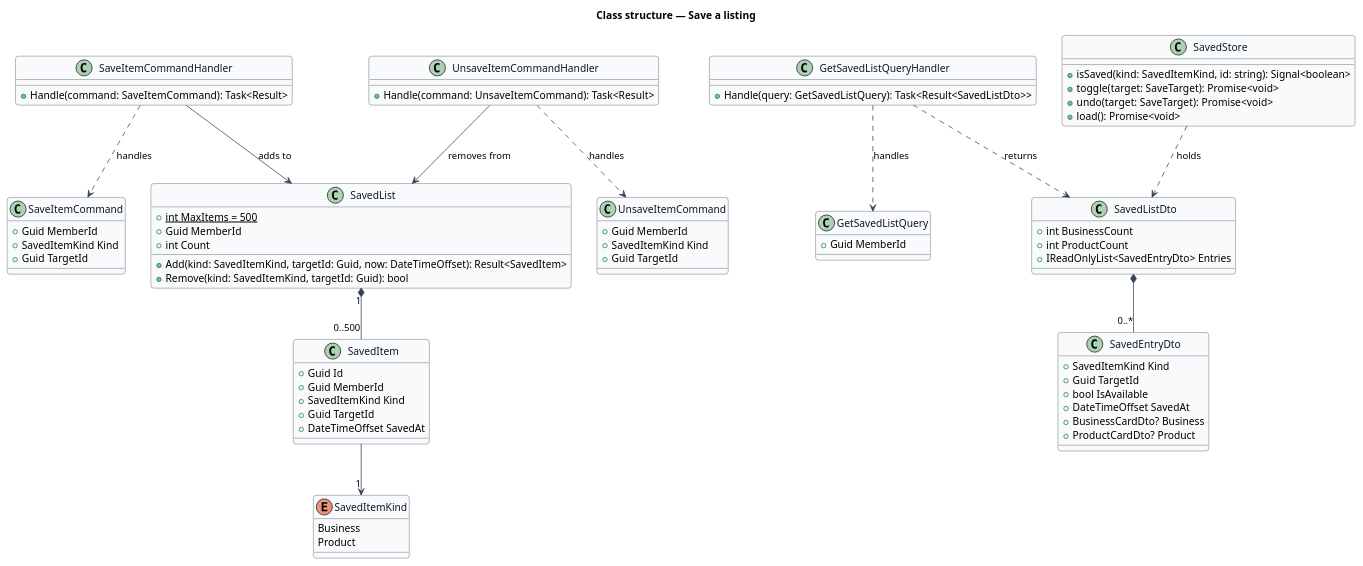
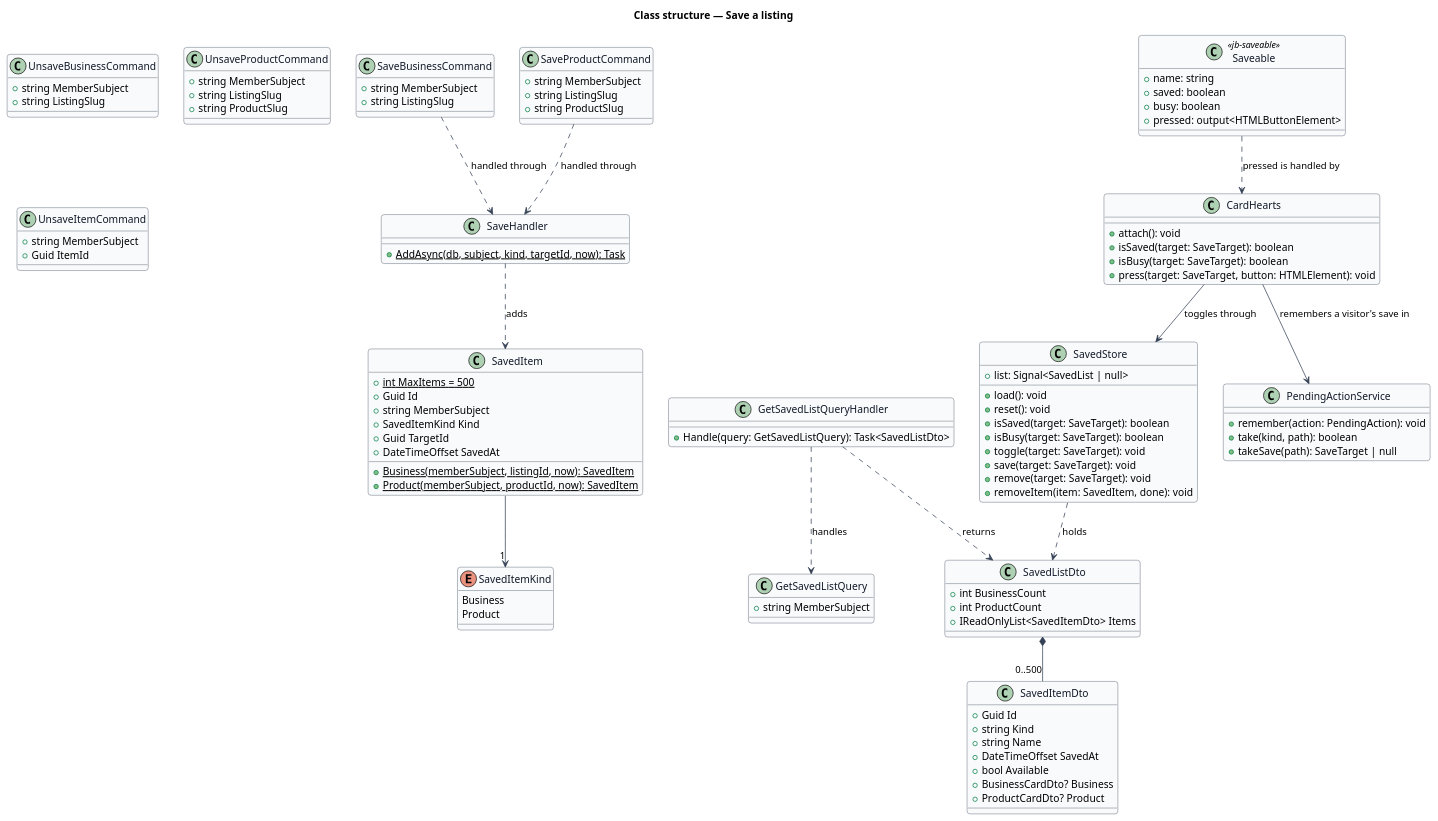
Before and after one commit to QuinntyneBrown/jubilee: the diagram in docs/detailed-designs/listings/save-listing/diagrams/class-structure.puml, drawn with PlantUML. The commit also changed 14 other files, not shown here.

Commit message:
Requirements and design of finishing journey 19: hearts on cards, a busy heart, a visitor's save on a card and clearing the saved store on sign-out (L2-041 AC7 to AC10, ADR 0054)

```diff
--- a/docs/detailed-designs/listings/save-listing/diagrams/class-structure.puml
+++ b/docs/detailed-designs/listings/save-listing/diagrams/class-structure.puml
@@ -1,97 +1,130 @@
 @startuml
 ' --- shared skin header ---
 skinparam backgroundColor #FFFFFF
 skinparam shadowing false
 skinparam roundcorner 8
 skinparam defaultFontName Arial
 skinparam ArrowColor #344054
 skinparam class {
   BorderColor #344054
   FontColor #101828
   BackgroundColor #F9FAFB
 }
 ' --------------------------
 title Class structure — Save a listing
 
 enum SavedItemKind {
   Business
   Product
 }
 
 class SavedItem {
+  +{static} int MaxItems = 500
   +Guid Id
-  +Guid MemberId
+  +string MemberSubject
   +SavedItemKind Kind
   +Guid TargetId
   +DateTimeOffset SavedAt
+  +{static} Business(memberSubject, listingId, now): SavedItem
+  +{static} Product(memberSubject, productId, now): SavedItem
 }
 
-class SavedList {
-  +{static} int MaxItems = 500
-  +Guid MemberId
-  +int Count
-  +Add(kind: SavedItemKind, targetId: Guid, now: DateTimeOffset): Result<SavedItem>
-  +Remove(kind: SavedItemKind, targetId: Guid): bool
+class SaveBusinessCommand {
+  +string MemberSubject
+  +string ListingSlug
 }
 
-class SaveItemCommand {
-  +Guid MemberId
-  +SavedItemKind Kind
-  +Guid TargetId
+class SaveProductCommand {
+  +string MemberSubject
+  +string ListingSlug
+  +string ProductSlug
 }
 
-class SaveItemCommandHandler {
-  +Handle(command: SaveItemCommand): Task<Result>
+class SaveHandler {
+  +{static} AddAsync(db, subject, kind, targetId, now): Task
+}
+
+class UnsaveBusinessCommand {
+  +string MemberSubject
+  +string ListingSlug
+}
+
+class UnsaveProductCommand {
+  +string MemberSubject
+  +string ListingSlug
+  +string ProductSlug
 }
 
 class UnsaveItemCommand {
-  +Guid MemberId
-  +SavedItemKind Kind
-  +Guid TargetId
-}
-
-class UnsaveItemCommandHandler {
-  +Handle(command: UnsaveItemCommand): Task<Result>
+  +string MemberSubject
+  +Guid ItemId
 }
 
 class GetSavedListQuery {
-  +Guid MemberId
+  +string MemberSubject
 }
 
 class GetSavedListQueryHandler {
-  +Handle(query: GetSavedListQuery): Task<Result<SavedListDto>>
+  +Handle(query: GetSavedListQuery): Task<SavedListDto>
 }
 
 class SavedListDto {
   +int BusinessCount
   +int ProductCount
-  +IReadOnlyList<SavedEntryDto> Entries
+  +IReadOnlyList<SavedItemDto> Items
 }
 
-class SavedEntryDto {
-  +SavedItemKind Kind
-  +Guid TargetId
-  +bool IsAvailable
+class SavedItemDto {
+  +Guid Id
+  +string Kind
+  +string Name
   +DateTimeOffset SavedAt
+  +bool Available
   +BusinessCardDto? Business
   +ProductCardDto? Product
 }
 
 class SavedStore {
-  +isSaved(kind: SavedItemKind, id: string): Signal<boolean>
-  +toggle(target: SaveTarget): Promise<void>
-  +undo(target: SaveTarget): Promise<void>
-  +load(): Promise<void>
+  +list: Signal<SavedList | null>
+  +load(): void
+  +reset(): void
+  +isSaved(target: SaveTarget): boolean
+  +isBusy(target: SaveTarget): boolean
+  +toggle(target: SaveTarget): void
+  +save(target: SaveTarget): void
+  +remove(target: SaveTarget): void
+  +removeItem(item: SavedItem, done): void
 }
 
-SavedList "1" *-- "0..500" SavedItem
+class CardHearts {
+  +attach(): void
+  +isSaved(target: SaveTarget): boolean
+  +isBusy(target: SaveTarget): boolean
+  +press(target: SaveTarget, button: HTMLElement): void
+}
+
+class PendingActionService {
+  +remember(action: PendingAction): void
+  +take(kind, path): boolean
+  +takeSave(path): SaveTarget | null
+}
+
+class Saveable <<jb-saveable>> {
+  +name: string
+  +saved: boolean
+  +busy: boolean
+  +pressed: output<HTMLButtonElement>
+}
+
 SavedItem --> "1" SavedItemKind
-SaveItemCommandHandler ..> SaveItemCommand : handles
-SaveItemCommandHandler --> SavedList : adds to
-UnsaveItemCommandHandler ..> UnsaveItemCommand : handles
-UnsaveItemCommandHandler --> SavedList : removes from
+SaveHandler ..> SavedItem : adds
+SaveBusinessCommand ..> SaveHandler : handled through
+SaveProductCommand ..> SaveHandler : handled through
 GetSavedListQueryHandler ..> GetSavedListQuery : handles
 GetSavedListQueryHandler ..> SavedListDto : returns
-SavedListDto *-- "0..*" SavedEntryDto
+SavedListDto *-- "0..500" SavedItemDto
 SavedStore ..> SavedListDto : holds
+CardHearts --> SavedStore : toggles through
+CardHearts --> PendingActionService : remembers a visitor's save in
+Saveable ..> CardHearts : pressed is handled by
 @enduml
```
